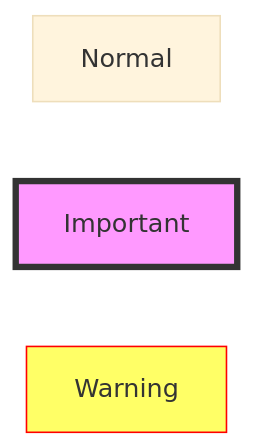
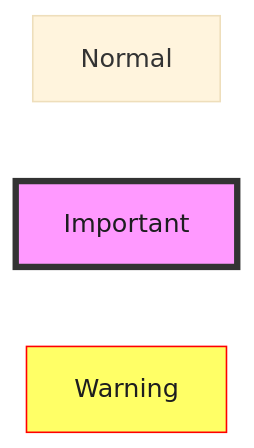
Before and after one commit to Shyu-x/frontend-interview: the ninth of 18 diagrams in docs/MERMAID_BEST_PRACTICES.md, drawn with Mermaid (base theme). The commit also changed other lines of this file and 487 other files, not shown here.

````diff
--- a/docs/MERMAID_BEST_PRACTICES.md
+++ b/docs/MERMAID_BEST_PRACTICES.md
@@ -110,9 +110,9 @@
 ```mermaid
 flowchart LR
-    classDef highlight fill:#f9f,stroke:#333,stroke-width:4px
-    classDef warning fill:#ff6,stroke:#f00
+    classDef highlight fill:#f9f,stroke:#333,stroke-width:4px,color:#1d1d1f
+    classDef warning fill:#ff6,stroke:#f00,color:#1d1d1f
 
     A["Normal"]
     B["Important"]:::highlight
     C["Warning"]:::warning
 ```
````
